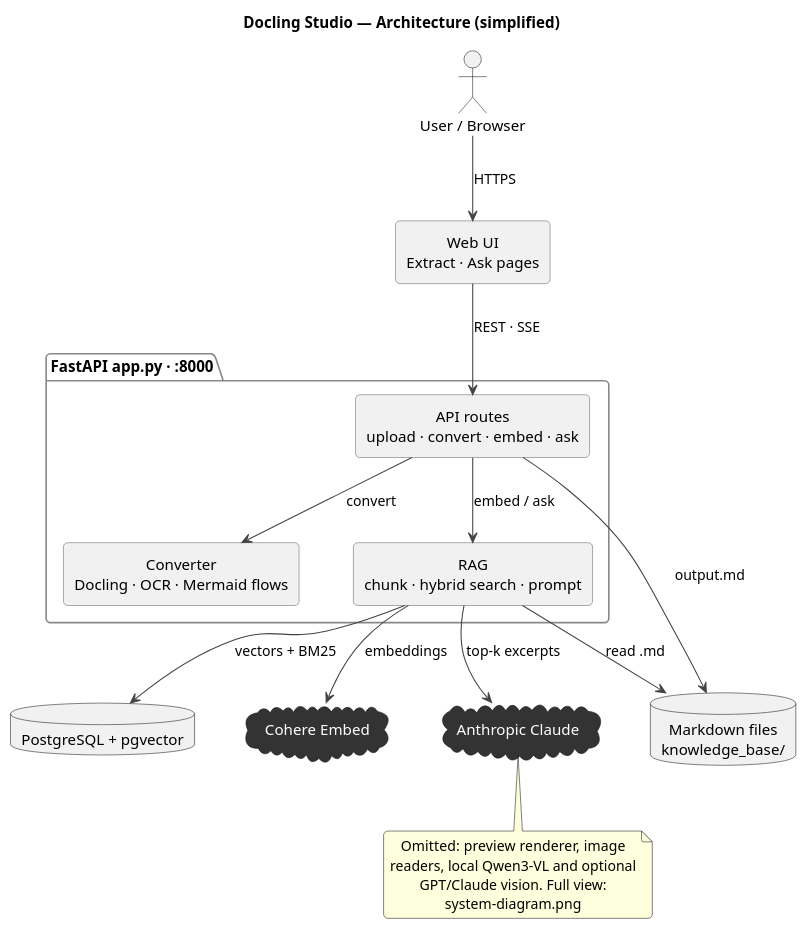
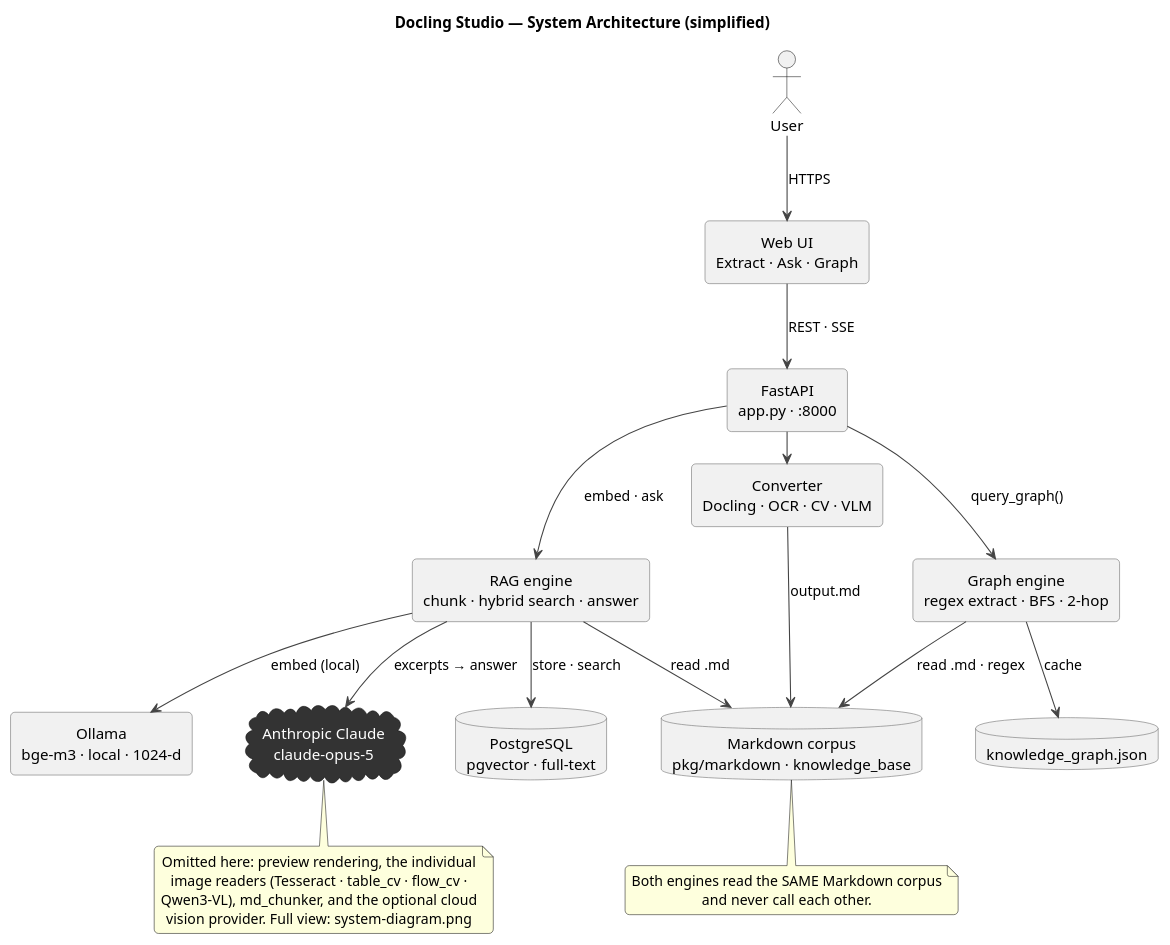
Before and after one commit to spalanivelu1989/docling-studio: the diagram in docs/system-diagram-simple.puml, drawn with PlantUML. The commit also changed 151 other files, not shown here.

```diff
--- a/docs/system-diagram-simple.puml
+++ b/docs/system-diagram-simple.puml
@@ -1,55 +1,67 @@
 @startuml system-diagram-simple
-title Docling Studio — Architecture (simplified)
+title Docling Studio — System Architecture (simplified)
 
 skinparam backgroundColor #FFFFFF
 skinparam defaultTextAlignment center
 skinparam shadowing false
 skinparam roundcorner 8
 skinparam nodesep 50
 skinparam ranksep 60
 skinparam rectangle {
   BorderColor #666666
 }
 skinparam cloud {
   BackgroundColor #333333
   FontColor #FFFFFF
   BorderColor #111111
 }
-skinparam package {
-  BorderColor #888888
-  FontStyle bold
+skinparam database {
+  BorderColor #666666
 }
 skinparam ArrowColor #444444
 
-actor "User / Browser" as User
-rectangle "Web UI\nExtract · Ask pages" as UI
+actor "User" as User
 
-package "FastAPI app.py · :8000" {
-  rectangle "API routes\nupload · convert · embed · ask" as API
-  rectangle "Converter\nDocling · OCR · Mermaid flows" as Converter
-  rectangle "RAG\nchunk · hybrid search · prompt" as RAG
-}
+rectangle "Web UI\nExtract · Ask · Graph" as UI
+rectangle "FastAPI\napp.py · :8000" as API
+rectangle "Converter\nDocling · OCR · CV · VLM" as CONV
+rectangle "RAG engine\nchunk · hybrid search · answer" as RAG
+rectangle "Graph engine\nregex extract · BFS · 2-hop" as KG
 
-database "Markdown files\nknowledge_base/" as Files
-database "PostgreSQL + pgvector" as PG
-cloud "Cohere Embed" as Cohere
-cloud "Anthropic Claude" as Claude
+database "Markdown corpus\npkg/markdown · knowledge_base" as FILES
+database "PostgreSQL\npgvector · full-text" as PG
+database "knowledge_graph.json" as KGJSON
+
+rectangle "Ollama\nbge-m3 · local · 1024-d" as OLLAMA
+
+cloud "Anthropic Claude\nclaude-opus-5" as CLAUDE
 
 User -down-> UI : HTTPS
 UI -down-> API : REST · SSE
-API -down-> Converter : convert
-API -down-> Files : output.md
-API -down-> RAG : embed / ask
-RAG -down-> Files : read .md
-RAG -down-> Cohere : embeddings
-RAG -down-> PG : vectors + BM25
-RAG -down-> Claude : top-k excerpts
+API -right-> CONV : convert(src)
+CONV -down-> FILES : output.md
 
-note bottom of Claude
-  Omitted: preview renderer, image
-  readers, local Qwen3-VL and optional
-  GPT/Claude vision. Full view:
-  system-diagram.png
+API -down-> RAG : embed · ask
+API -down-> KG : query_graph()
+
+RAG -down-> FILES : read .md
+RAG -down-> OLLAMA : embed (local)
+RAG -down-> PG : store · search
+RAG -down-> CLAUDE : excerpts → answer
+
+KG -down-> FILES : read .md · regex
+KG -down-> KGJSON : cache
+
+note bottom of FILES
+  Both engines read the SAME Markdown corpus
+  and never call each other.
+end note
+
+note bottom of CLAUDE
+  Omitted here: preview rendering, the individual
+  image readers (Tesseract · table_cv · flow_cv ·
+  Qwen3-VL), md_chunker, and the optional cloud
+  vision provider. Full view: system-diagram.png
 end note
 
 @enduml
```
